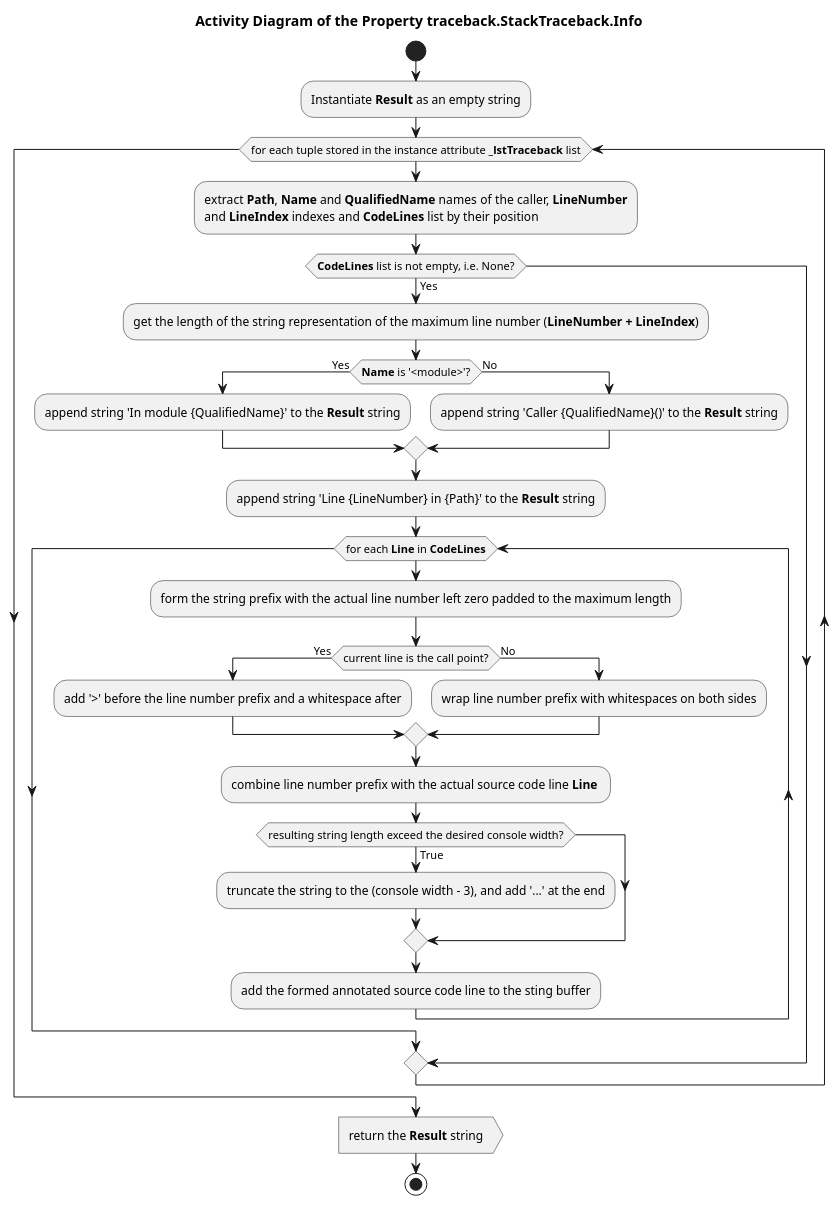
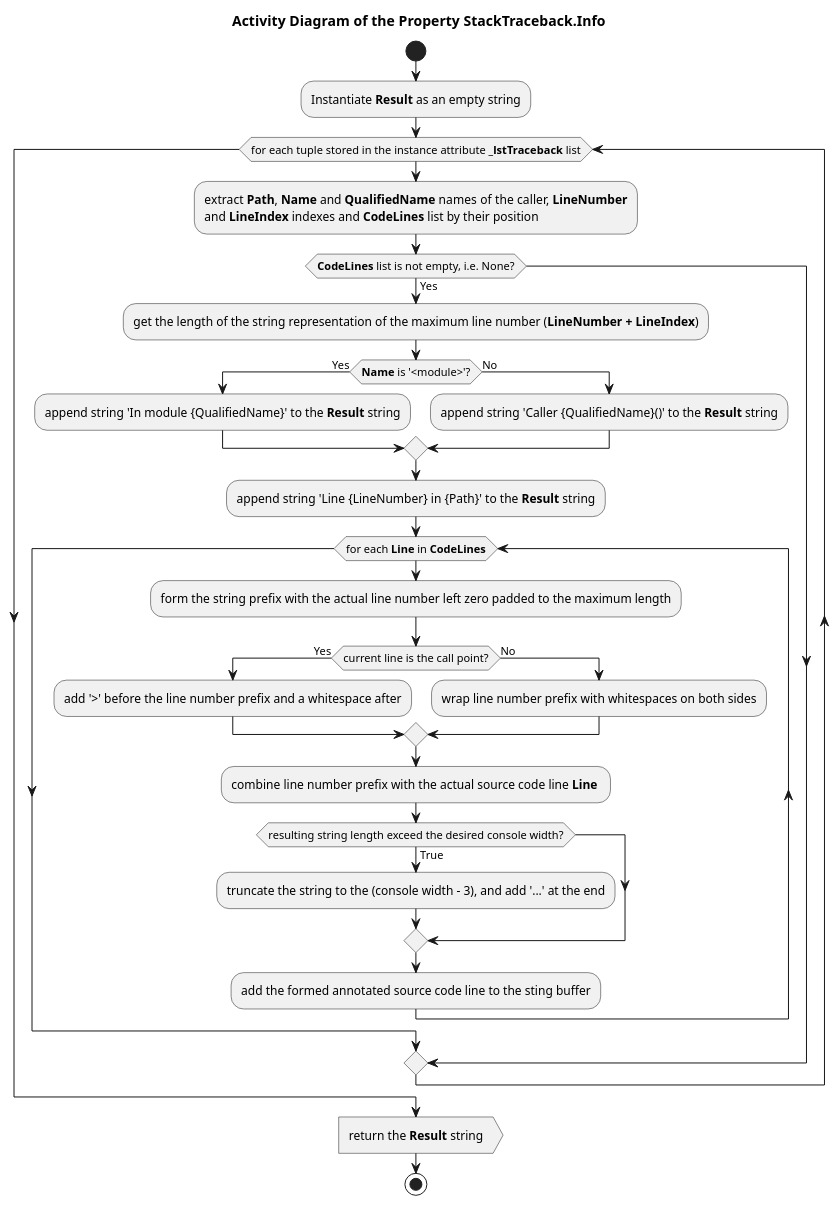
The diagram in Documentation/UML/traceback/traceback_stacktraceback_info.pu (FooBarShebang/introspection_lib), drawn with PlantUML before and after one commit. The commit also changed 18 other files, not shown here.

Commit message:
updated UML diagrams

```diff
--- a/Documentation/UML/traceback/traceback_stacktraceback_info.pu
+++ b/Documentation/UML/traceback/traceback_stacktraceback_info.pu
@@ -1,47 +1,47 @@
 @startuml traceback_stacktraceback_info
 
-title Activity Diagram of the Property traceback.StackTraceback.Info
+title Activity Diagram of the Property StackTraceback.Info
 
 start
 
 :Instantiate <b>Result</b> as an empty string;
 
 while (for each tuple stored in the instance attribute <b>_lstTraceback</b> list)
     :extract <b>Path</b>, <b>Name</b> and <b>QualifiedName</b> names of the caller, <b>LineNumber</b>\nand <b>LineIndex</b> indexes and <b>CodeLines</b> list by their position;
     
     if (<b>CodeLines</b> list is not empty, i.e. None?) then (Yes)
         :get the length of the string representation of the maximum line number (<b>LineNumber + LineIndex</b>);
         
         if (<b>Name</b> is '<module>'?) then (Yes)
             :append string 'In module {QualifiedName}' to the <b>Result</b> string;
         else (No)
             :append string 'Caller {QualifiedName}()' to the <b>Result</b> string;
         endif
 
         :append string 'Line {LineNumber} in {Path}' to the <b>Result</b> string;
 
         while (for each <b>Line</b> in <b>CodeLines</b>)
             :form the string prefix with the actual line number left zero padded to the maximum length;
             
             if (current line is the call point?) then (Yes)
                 :add '>' before the line number prefix and a whitespace after;
             else (No)
                 :wrap line number prefix with whitespaces on both sides;
             endif
             
             :combine line number prefix with the actual source code line <b>Line</b> ;
             
             if (resulting string length exceed the desired console width?) then (True)
                 :truncate the string to the (console width - 3), and add '...' at the end;
             endif
             
             :add the formed annotated source code line to the sting buffer;
         end while
     endif
 end while
 
 :return the <b>Result</b> string>
 
 stop
 
 @enduml
```
